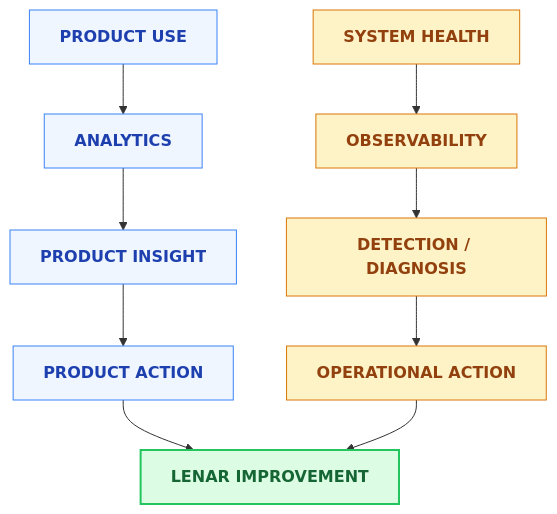
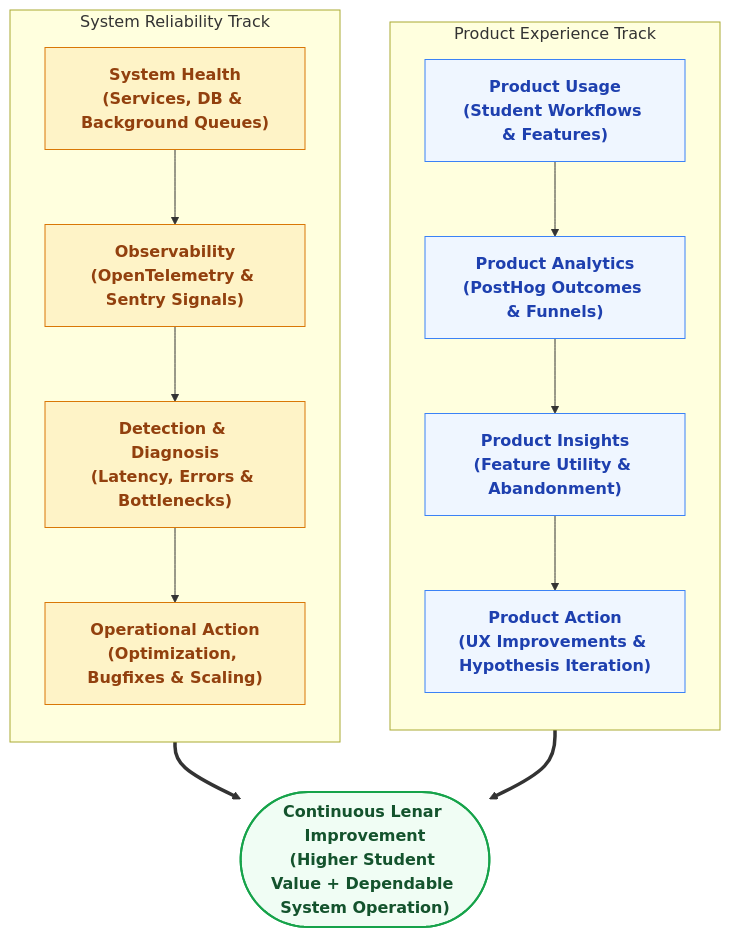
Before and after one commit to davidalbertstark-lab/Lenar: the fifth of 5 diagrams in docs/architecture/13-Analytics-Observability.md, drawn with Mermaid. The commit also changed other lines of this file and 28 other files, not shown here.

Commit message:
docs: system-wide diagram redesign for first-instance comprehension

````diff
--- a/docs/architecture/13-Analytics-Observability.md
+++ b/docs/architecture/13-Analytics-Observability.md
@@ -239,32 +265,31 @@
 ```mermaid
 flowchart TD
     classDef product fill:#eff6ff,stroke:#3b82f6,stroke-width:1px,color:#1e40af,font-weight:bold
     classDef system fill:#fef3c7,stroke:#d97706,stroke-width:1px,color:#92400e,font-weight:bold
-    classDef goal fill:#dcfce3,stroke:#22c55e,stroke-width:2px,color:#166534,font-weight:bold
+    classDef goal fill:#f0fdf4,stroke:#16a34a,stroke-width:2px,color:#14532d,font-weight:bold
 
-    PU[PRODUCT USE]
-    A[ANALYTICS]
-    PI[PRODUCT INSIGHT]
-    PA[PRODUCT ACTION]
+    subgraph ProductTrack ["Product Experience Track"]
+        direction TB
+        PU["Product Usage<br/>(Student Workflows & Features)"]:::product
+        PA["Product Analytics<br/>(PostHog Outcomes & Funnels)"]:::product
+        PI["Product Insights<br/>(Feature Utility & Abandonment)"]:::product
+        P_ACT["Product Action<br/>(UX Improvements & Hypothesis Iteration)"]:::product
 
-    SH[SYSTEM HEALTH]
-    O[OBSERVABILITY]
-    DD[DETECTION / DIAGNOSIS]
-    OA[OPERATIONAL ACTION]
+        PU --> PA --> PI --> P_ACT
+    end
 
-    LI[LENAR IMPROVEMENT]
+    subgraph SystemTrack ["System Reliability Track"]
+        direction TB
+        SH["System Health<br/>(Services, DB & Background Queues)"]:::system
+        OB["Observability<br/>(OpenTelemetry & Sentry Signals)"]:::system
+        DD["Detection & Diagnosis<br/>(Latency, Errors & Bottlenecks)"]:::system
+        S_ACT["Operational Action<br/>(Optimization, Bugfixes & Scaling)"]:::system
 
-    PU --> A
-    A --> PI
-    PI --> PA
-    PA --> LI
+        SH --> OB --> DD --> S_ACT
+    end
 
-    SH --> O
-    O --> DD
-    DD --> OA
-    OA --> LI
+    GOAL(["Continuous Lenar Improvement<br/>(Higher Student Value + Dependable System Operation)"]):::goal
 
-    class PU,A,PI,PA product;
-    class SH,O,DD,OA system;
-    class LI goal;
+    P_ACT ==> GOAL
+    S_ACT ==> GOAL
 ```
````
